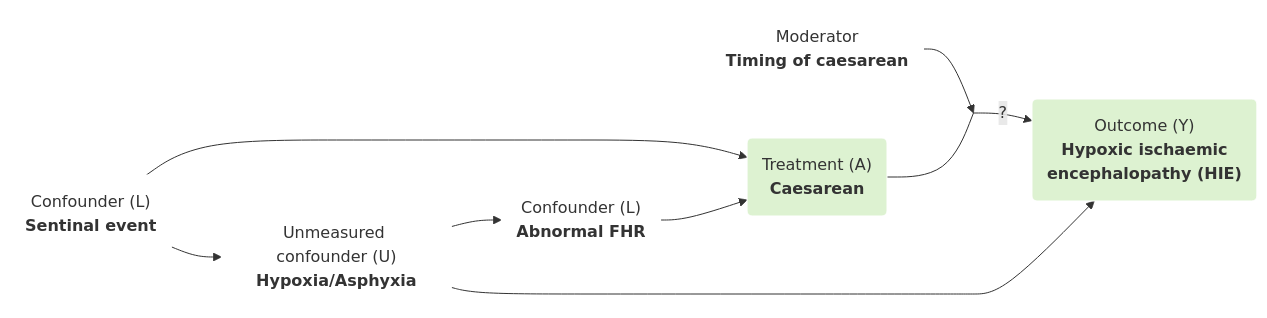
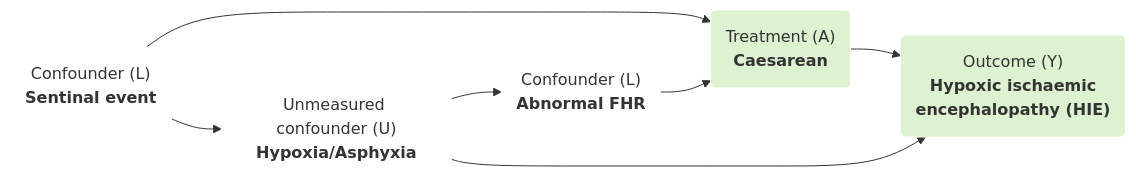
The second of 21 diagrams in book_birth_outcomes_summary/_build/html/_sources/design_dag_hie.md (birth-outcomes/birth_outcomes_summary), drawn with Mermaid before and after one commit. The commit also changed other lines of this file and 20 other files, not shown here.

`````diff
--- a/book_birth_outcomes_summary/_build/html/_sources/design_dag_hie.md
+++ b/book_birth_outcomes_summary/_build/html/_sources/design_dag_hie.md
@@ -83,21 +49,17 @@
 ````{mermaid}
   flowchart LR;
 
     L_sen("Confounder (L)<br><b>Sentinal event</b>"):::white;
     L_fhr("Confounder (L)<br><b>Abnormal FHR</b>"):::white;
     U("Unmeasured confounder (U)<br><b>Hypoxia/Asphyxia</b>"):::white;
-    A("Treatment (A)<br><b>Caesarean</b>"):::important;
-    Y("Outcome (Y)<br><b>Hypoxic ischaemic<br>encephalopathy (HIE)</b>"):::important;
-    Empty[ ]:::empty;
-    Mod("Moderator<br><b>Timing of caesarean</b>"):::white;
+    A("Treatment (A)<br><b>Caesarean</b>"):::green;
+    Y("Outcome (Y)<br><b>Hypoxic ischaemic<br>encephalopathy (HIE)</b>"):::green;
     
     L_sen --> U; L_sen --> A;
-    Mod --> Empty;
-    A --- Empty; Empty -->|?| Y;
+    A --> Y;
     U --> L_fhr; L_fhr --> A; U --> Y;
   
     classDef white fill:#FFFFFF, stroke:#FFFFFF;
     classDef black fill:#FFFFFF, stroke:#000000;
-    classDef empty width:0px,height:0px;
-    classDef important fill:#DDF2D1, stroke: #FFFFFF;
+    classDef green fill:#DDF2D1, stroke: #FFFFFF;
 ````
`````
